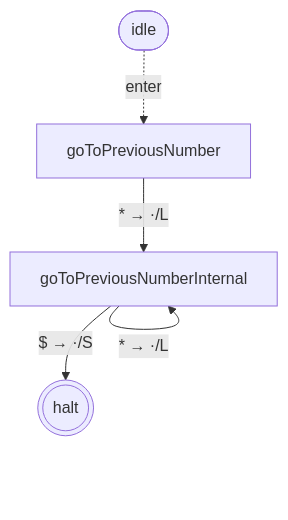
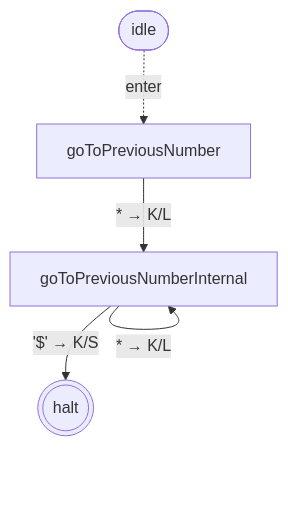
The third of 10 diagrams in packages/library-binary-numbers/states.md (mellonis/turing-machine-js), drawn with Mermaid before and after one commit. The commit also changed other lines of this file and 7 other files, not shown here.

````diff
--- a/packages/library-binary-numbers/states.md
+++ b/packages/library-binary-numbers/states.md
@@ -39,12 +39,12 @@
 ```mermaid
 flowchart TD
 %% alphabets: [[" ","^","$","0","1"]]
   s0(((halt)))
   s3["goToPreviousNumberInternal"]
   s4["goToPreviousNumber"]
   idle([idle])
   idle -. enter .-> s4
-  s3 -- "$ → ·/S" --> s0
-  s3 -- "* → ·/L" --> s3
-  s4 -- "* → ·/L" --> s3
+  s3 -- "'$' → K/S" --> s0
+  s3 -- "* → K/L" --> s3
+  s4 -- "* → K/L" --> s3
 ```
````
